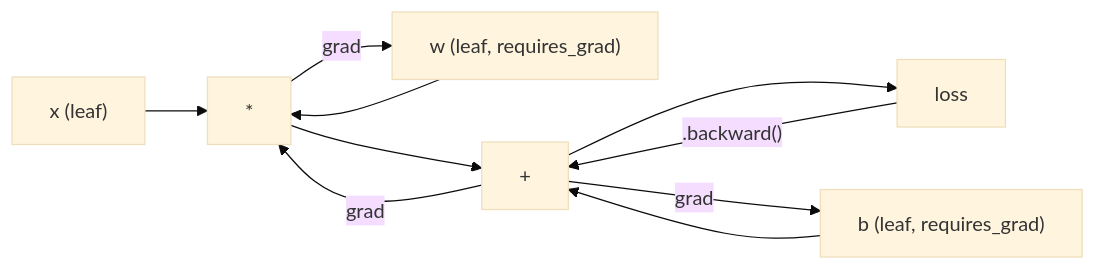
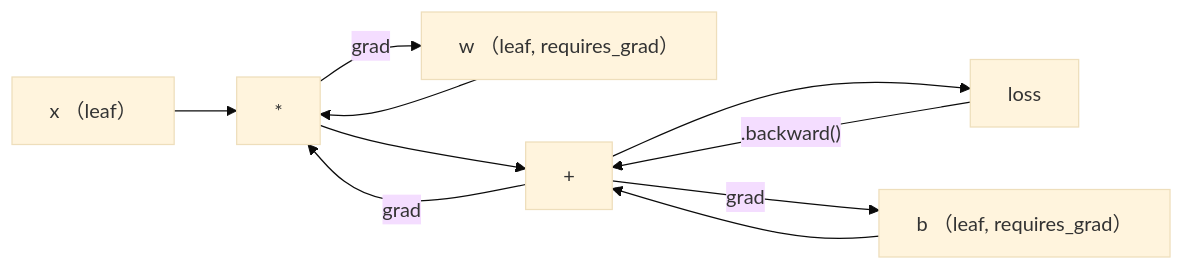
One commit to JerryC8080/ai-engineering-from-scratch-zh changed the first of 2 diagrams in phases/03-deep-learning-core/11-intro-to-pytorch/docs/zh.md. Above: the diagram before and after it, drawn with Mermaid (base theme). The commit also changed 156 other files, not shown here.

First line of the commit message:
i18n(zh): translate mermaid diagram labels in 157 lesson zh.md

````diff
--- a/phases/03-deep-learning-core/11-intro-to-pytorch/docs/zh.md
+++ b/phases/03-deep-learning-core/11-intro-to-pytorch/docs/zh.md
@@ -92,12 +92,12 @@
 ```mermaid
 graph LR
-    x["x (leaf)"] --> mul["*"]
-    w["w (leaf, requires_grad)"] --> mul
+    x["x （leaf）"] --> mul["*"]
+    w["w （leaf, requires_grad）"] --> mul
     mul --> add["+"]
-    b["b (leaf, requires_grad)"] --> add
+    b["b （leaf, requires_grad）"] --> add
     add --> loss["loss"]
     loss --> |".backward()"| add
     add --> |"grad"| b
     add --> |"grad"| mul
     mul --> |"grad"| w
 ```
````
